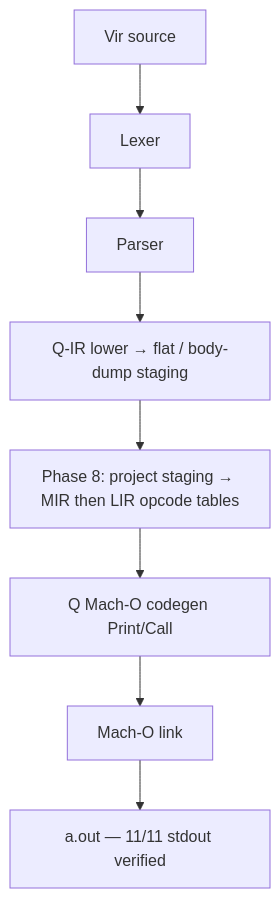
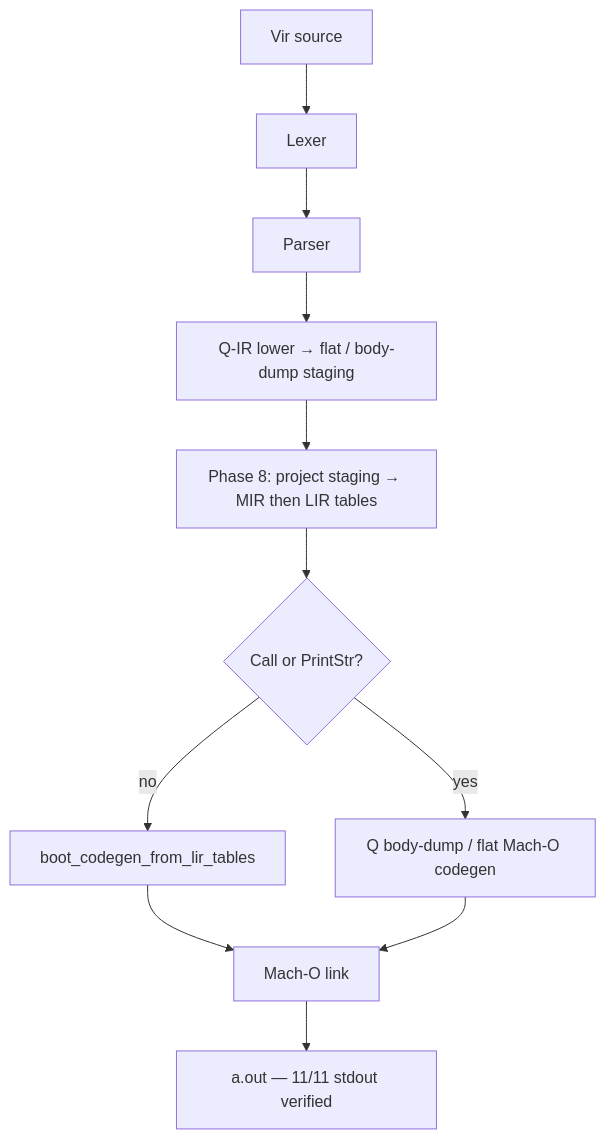
Before and after one commit to virgori/Vir-lang: the diagram in MUST_READ_CONTEXT/CURRENT_STATUS_2026_07_25.md, drawn with Mermaid. The commit also changed other lines of this file and 1 other file, not shown here.

First line of the commit message:
feat(bootstrap): emit Mach-O from Phase-8 LIR tables

````diff
--- a/MUST_READ_CONTEXT/CURRENT_STATUS_2026_07_25.md
+++ b/MUST_READ_CONTEXT/CURRENT_STATUS_2026_07_25.md
@@ -10,10 +10,13 @@
 ```mermaid
 graph TD
     SRC[Vir source] --> LEX[Lexer]
     LEX --> PAR[Parser]
     PAR --> QIR[Q-IR lower → flat / body-dump staging]
-    QIR --> P8[Phase 8: project staging → MIR then LIR opcode tables]
-    P8 --> CG[Q Mach-O codegen Print/Call]
-    CG --> LINK[Mach-O link]
+    QIR --> P8[Phase 8: project staging → MIR then LIR tables]
+    P8 --> CHOICE{Call or PrintStr?}
+    CHOICE -->|no| LIRCG[boot_codegen_from_lir_tables]
+    CHOICE -->|yes| QCG[Q body-dump / flat Mach-O codegen]
+    LIRCG --> LINK[Mach-O link]
+    QCG --> LINK
     LINK --> BIN[a.out — 11/11 stdout verified]
 ```
````
